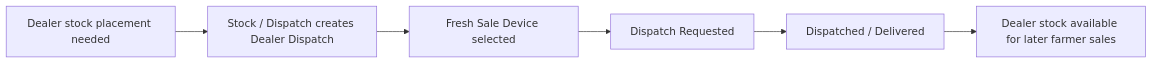
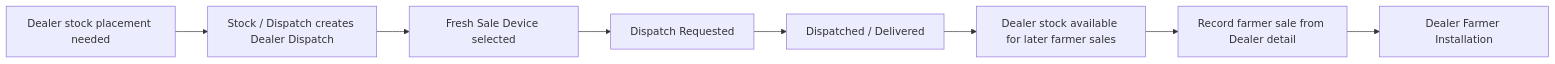
One commit to harsha-jivawater/jiva-farm-os changed diagram 26 of 27 in docs/ROLE_BASED_USAGE_MANUAL.md. Above: the diagram before and after it, drawn with Mermaid. The commit also changed other lines of this file and 6 other files, not shown here.

Commit message:
Add dealer stock farmer sale conversion

````diff
--- a/docs/ROLE_BASED_USAGE_MANUAL.md
+++ b/docs/ROLE_BASED_USAGE_MANUAL.md
@@ -1087,8 +1087,10 @@
 ```mermaid
 flowchart LR
   A["Dealer stock placement needed"] --> B["Stock / Dispatch creates Dealer Dispatch"]
   B --> C["Fresh Sale Device selected"]
   C --> D["Dispatch Requested"]
   D --> E["Dispatched / Delivered"]
   E --> F["Dealer stock available for later farmer sales"]
+  F --> G["Record farmer sale from Dealer detail"]
+  G --> H["Dealer Farmer Installation"]
 ```
````
